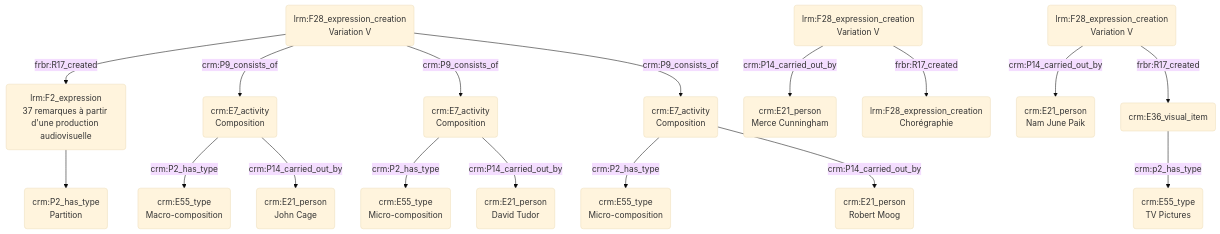
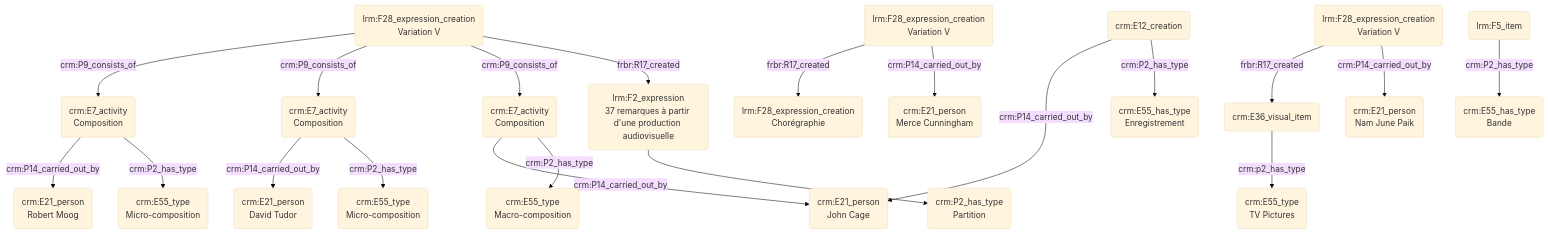
The diagram in modules/livrables/Dossier 2/Variation_V.md (Amleth/consortium-musica2-gt2-ontologies), drawn with Mermaid (base theme) before and after one commit.

````diff
--- a/modules/livrables/Dossier 2/Variation_V.md
+++ b/modules/livrables/Dossier 2/Variation_V.md
@@ -1,23 +1,28 @@
 ```mermaid
 graph TD;
 
 A(lrm:F28_expression_creation<br>Variation V) -->|frbr:R17_created| B(lrm:F2_expression<br>37 remarques à partir d'une production audiovisuelle)
 B(lrm:F2_expression<br>37 remarques à partir d'une production audiovisuelle) --> C(crm:P2_has_type<br>Partition)
 A(lrm:F28_expression_creation<br>Variation V) --> |crm:P9_consists_of| D(crm:E7_activity<br>Composition)
 D(crm:E7_activity<br>Composition) --> |crm:P2_has_type| R(crm:E55_type<br>Macro-composition)
 A(lrm:F28_expression_creation<br>Variation V) --> |crm:P9_consists_of| E(crm:E7_activity<br>Composition)
 E(crm:E7_activity<br>Composition) --> |crm:P2_has_type| S(crm:E55_type<br>Micro-composition)
 A(lrm:F28_expression_creation<br>Variation V) --> |crm:P9_consists_of| F(crm:E7_activity<br>Composition)
 F(crm:E7_activity<br>Composition) --> |crm:P2_has_type| T(crm:E55_type<br>Micro-composition)
 D(crm:E7_activity<br>Composition) --> |crm:P14_carried_out_by| G(crm:E21_person<br>John Cage)
 E(crm:E7_activity<br>Composition) --> |crm:P14_carried_out_by| H(crm:E21_person<br>David Tudor)
 F(crm:E7_activity<br>Composition) --> |crm:P14_carried_out_by| I(crm:E21_person<br>Robert Moog)
 
 O(lrm:F28_expression_creation<br>Variation V) -->|crm:P14_carried_out_by| Q(crm:E21_person<br>Merce Cunningham)
 O(lrm:F28_expression_creation<br>Variation V) -->|frbr:R17_created| K(lrm:F28_expression_creation<br>Chorégraphie)
 
 P(lrm:F28_expression_creation<br>Variation V) -->|crm:P14_carried_out_by| L(crm:E21_person<br>Nam June Paik)
 P(lrm:F28_expression_creation<br>Variation V) -->|frbr:R17_created| M(crm:E36_visual_item)
 M(crm:E36_visual_item) --> |crm:p2_has_type| N(crm:E55_type<br>TV Pictures)
 
+W(crm:E12_creation) --> |crm:P2_has_type| X(crm:E55_has_type<br>Enregistrement)
+U(lrm:F5_item) --> |crm:P2_has_type| V(crm:E55_has_type<br>Bande)
+W(crm:E12_creation) ---> |crm:P14_carried_out_by| G(crm:E21_person<br>John Cage)
+
+
 ```
````
